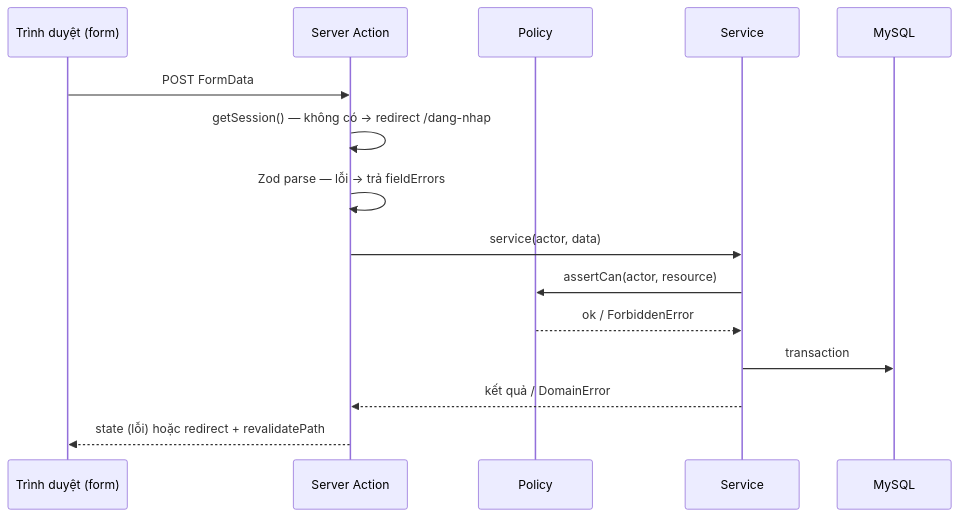
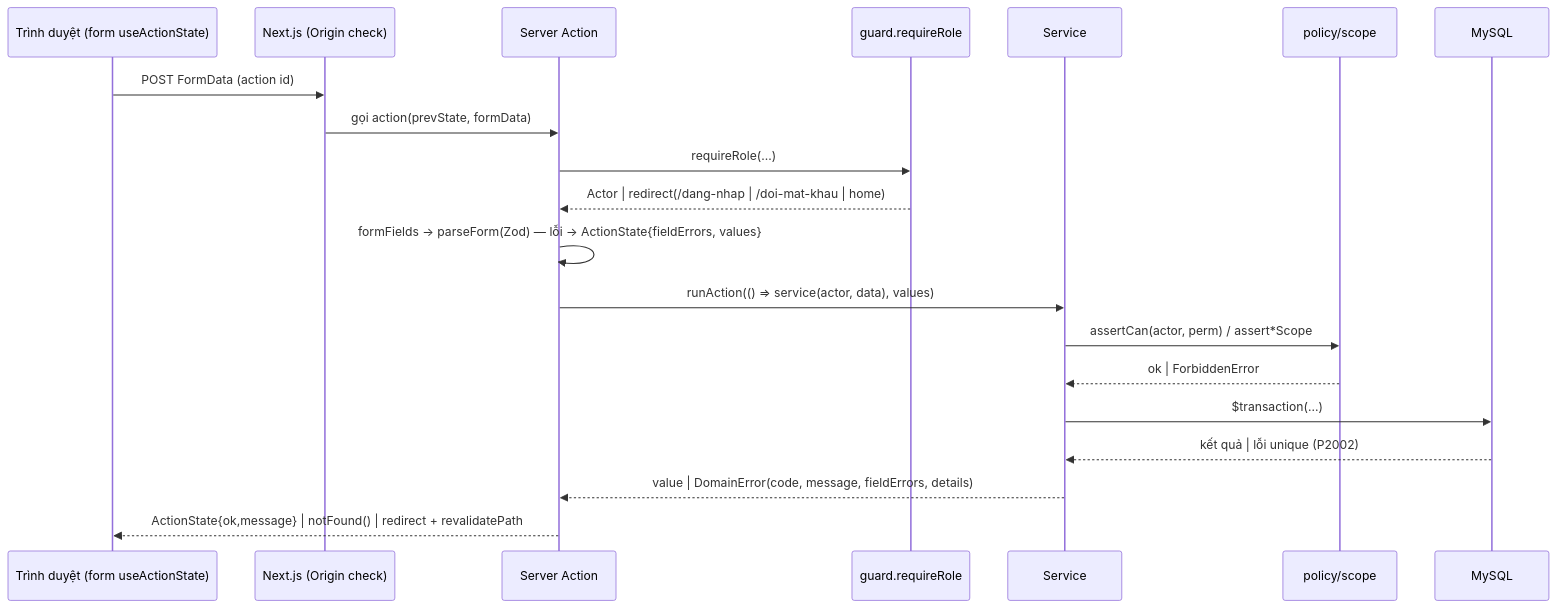
Before and after one commit to Huutuyen205/CoreLinkAcademy: the second of 2 diagrams in docs/09-architecture/component-architecture.md, drawn with Mermaid. The commit also changed other lines of this file and 100 other files, not shown here.

````diff
--- a/docs/09-architecture/component-architecture.md
+++ b/docs/09-architecture/component-architecture.md
@@ -42,17 +90,22 @@
 ```mermaid
 sequenceDiagram
-  participant B as Trình duyệt (form)
+  participant B as Trình duyệt (form useActionState)
+  participant N as Next.js (Origin check)
   participant A as Server Action
-  participant P as Policy
+  participant G as guard.requireRole
   participant S as Service
+  participant P as policy/scope
   participant D as MySQL
-  B->>A: POST FormData
-  A->>A: getSession() — không có → redirect /dang-nhap
-  A->>A: Zod parse — lỗi → trả fieldErrors
-  A->>S: service(actor, data)
-  S->>P: assertCan(actor, resource)
-  P-->>S: ok / ForbiddenError
-  S->>D: transaction
-  S-->>A: kết quả / DomainError
-  A-->>B: state (lỗi) hoặc redirect + revalidatePath
+  B->>N: POST FormData (action id)
+  N->>A: gọi action(prevState, formData)
+  A->>G: requireRole(...)
+  G-->>A: Actor | redirect(/dang-nhap | /doi-mat-khau | home)
+  A->>A: formFields → parseForm(Zod) — lỗi → ActionState{fieldErrors, values}
+  A->>S: runAction(() => service(actor, data), values)
+  S->>P: assertCan(actor, perm) / assert*Scope
+  P-->>S: ok | ForbiddenError
+  S->>D: $transaction(...)
+  D-->>S: kết quả | lỗi unique (P2002)
+  S-->>A: value | DomainError(code, message, fieldErrors, details)
+  A-->>B: ActionState{ok,message} | notFound() | redirect + revalidatePath
 ```
````
